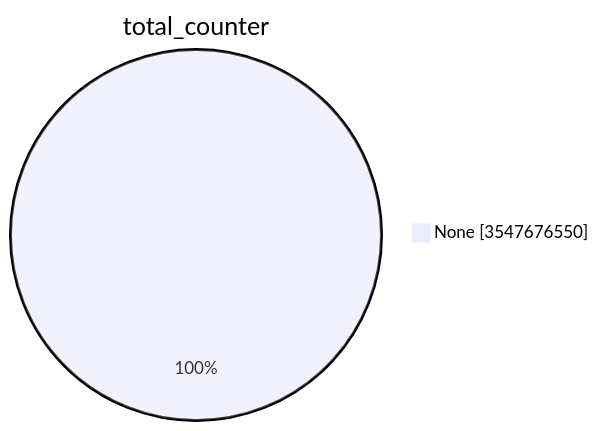
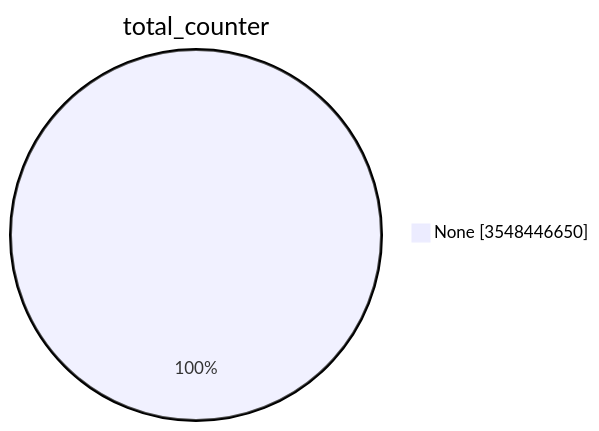
The first of 15 diagrams in TOTAL/README.md (christiankrug/ctmonitor_visualization), drawn with Mermaid before and after one commit. The commit also changed other lines of this file, not shown here.

````diff
--- a/TOTAL/README.md
+++ b/TOTAL/README.md
@@ -1,5 +1,5 @@
 ```mermaid
 pie showData
 title total_counter
-"None" :3547676550
+"None" :3548446650
 ```
````
